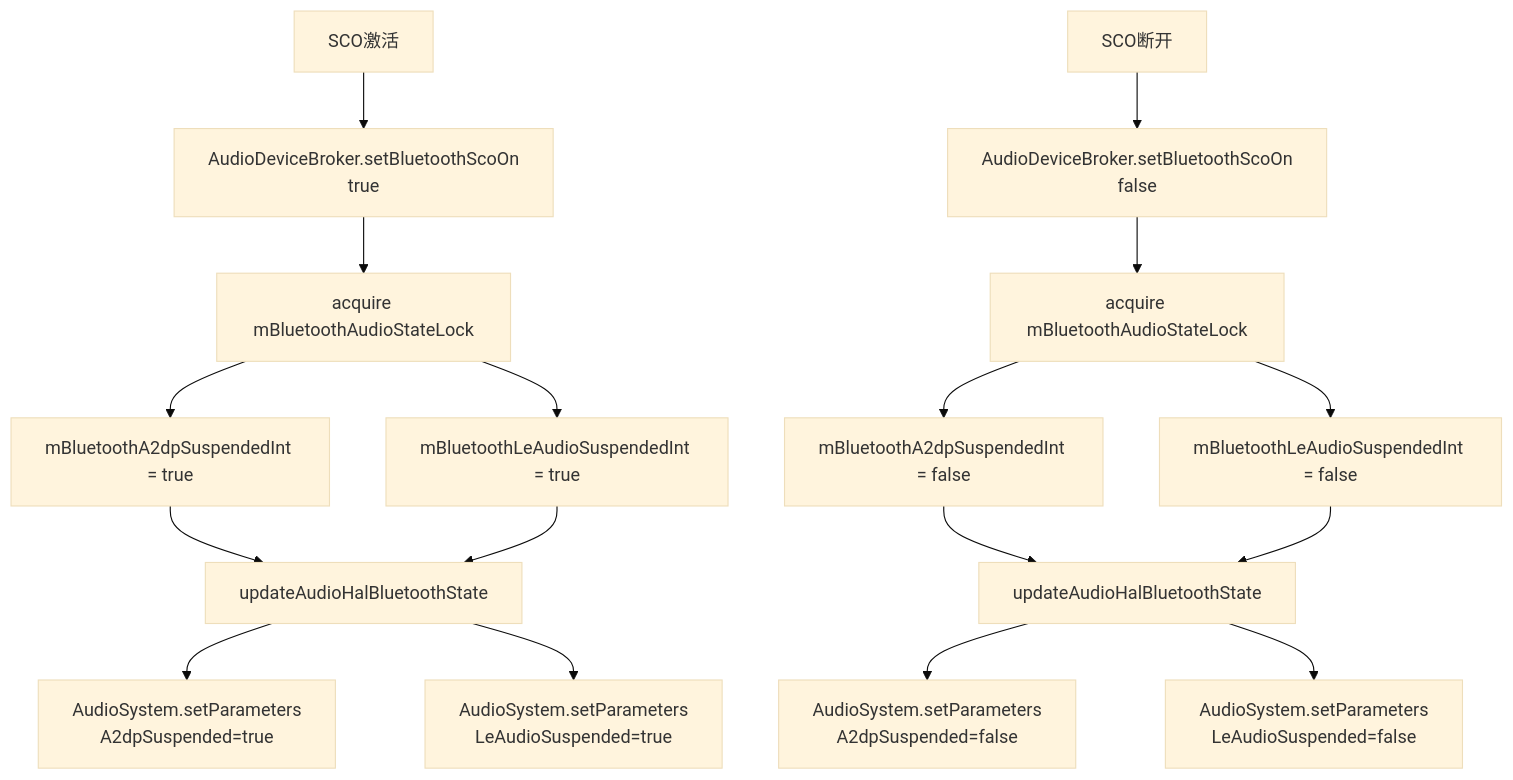
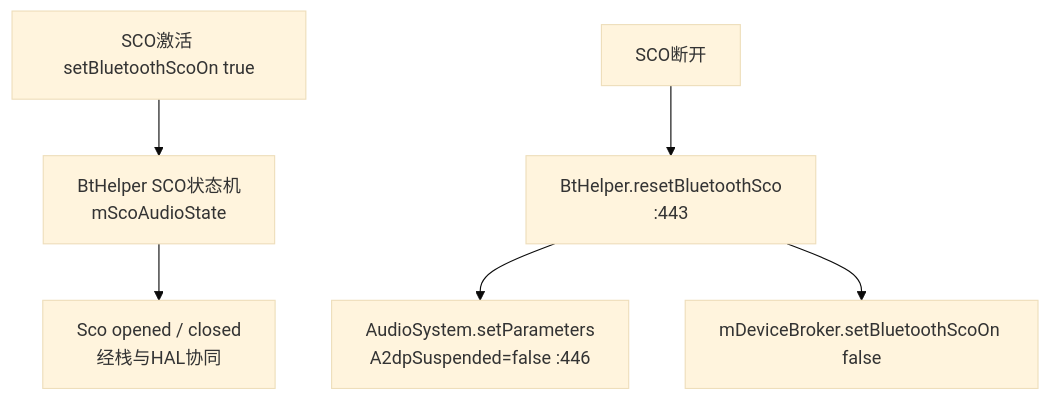
Before and after one commit to yanglinzhen1022/SA8295_AAOS_QNX_Audio_KnowledgeBase: the fifth of 6 diagrams in 14_Bluetooth_Audio/14_14.4_SCOHFP-通话语音.md, drawn with Mermaid (base theme). The commit also changed other lines of this file and 11 other files, not shown here.

````diff
--- a/14_Bluetooth_Audio/14_14.4_SCOHFP-通话语音.md
+++ b/14_Bluetooth_Audio/14_14.4_SCOHFP-通话语音.md
@@ -193,20 +193,8 @@
 ```mermaid
 flowchart TB
-    SCO_START[SCO激活] --> ADB_SET[AudioDeviceBroker.setBluetoothScoOn<br>true]
-    ADB_SET --> LOCK[acquire mBluetoothAudioStateLock]
-    LOCK --> A2DP_SUS[mBluetoothA2dpSuspendedInt = true]
-    LOCK --> LE_SUS[mBluetoothLeAudioSuspendedInt = true]
-    A2DP_SUS --> UPDATE[updateAudioHalBluetoothState]
-    LE_SUS --> UPDATE
-    UPDATE --> HAL_A2DP[AudioSystem.setParameters<br>A2dpSuspended=true]
-    UPDATE --> HAL_LE[AudioSystem.setParameters<br>LeAudioSuspended=true]
-
-    SCO_STOP[SCO断开] --> ADB_CLR[AudioDeviceBroker.setBluetoothScoOn<br>false]
-    ADB_CLR --> LOCK2[acquire mBluetoothAudioStateLock]
-    LOCK2 --> A2DP_RES[mBluetoothA2dpSuspendedInt = false]
-    LOCK2 --> LE_RES[mBluetoothLeAudioSuspendedInt = false]
-    A2DP_RES --> UPDATE2[updateAudioHalBluetoothState]
-    LE_RES --> UPDATE2
-    UPDATE2 --> HAL_A2DP2[AudioSystem.setParameters<br>A2dpSuspended=false]
-    UPDATE2 --> HAL_LE2[AudioSystem.setParameters<br>LeAudioSuspended=false]
+    SCO_START[SCO激活 setBluetoothScoOn true] --> BTH[BtHelper SCO状态机<br>mScoAudioState]
+    BTH --> HAL[Sco opened / closed<br>经栈与HAL协同]
+    SCO_STOP[SCO断开] --> RESET[BtHelper.resetBluetoothSco<br>:443]
+    RESET --> A2DP_RES[AudioSystem.setParameters<br>A2dpSuspended=false :446]
+    RESET --> SCO_OFF[mDeviceBroker.setBluetoothScoOn false]
 ```
````
